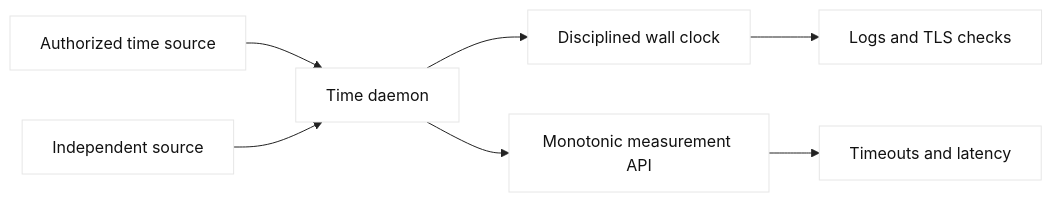
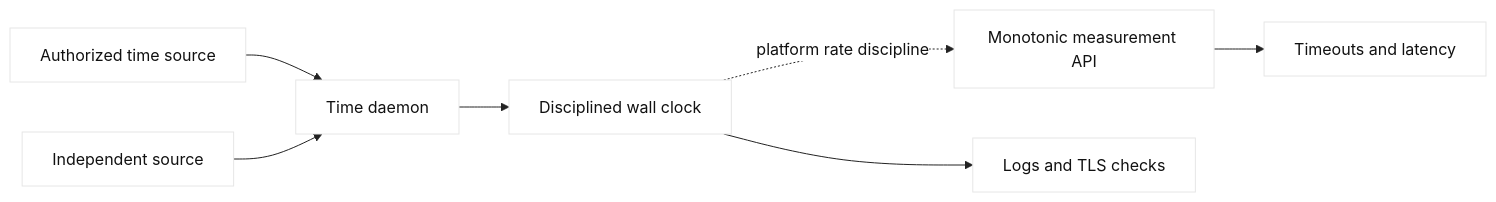
The diagram in book/topics/21-ntp-time-synchronization.md (souradeepta/networking-primer), drawn with Mermaid before and after one commit. The commit also changed other lines of this file and 15 other files, not shown here.

````diff
--- a/book/topics/21-ntp-time-synchronization.md
+++ b/book/topics/21-ntp-time-synchronization.md
@@ -30,10 +30,10 @@
 ```mermaid
 %%{init: {"theme":"base", "themeVariables":{"primaryColor":"#ffffff","primaryTextColor":"#111111","lineColor":"#222222"}}}%%
 flowchart LR
   S1[Authorized time source] --> D[Time daemon]
   S2[Independent source] --> D
   D --> W[Disciplined wall clock]
-  D --> M[Monotonic measurement API]
+  W -. platform rate discipline .-> M[Monotonic measurement API]
   W --> L[Logs and TLS checks]
   M --> T[Timeouts and latency]
 ```
````
